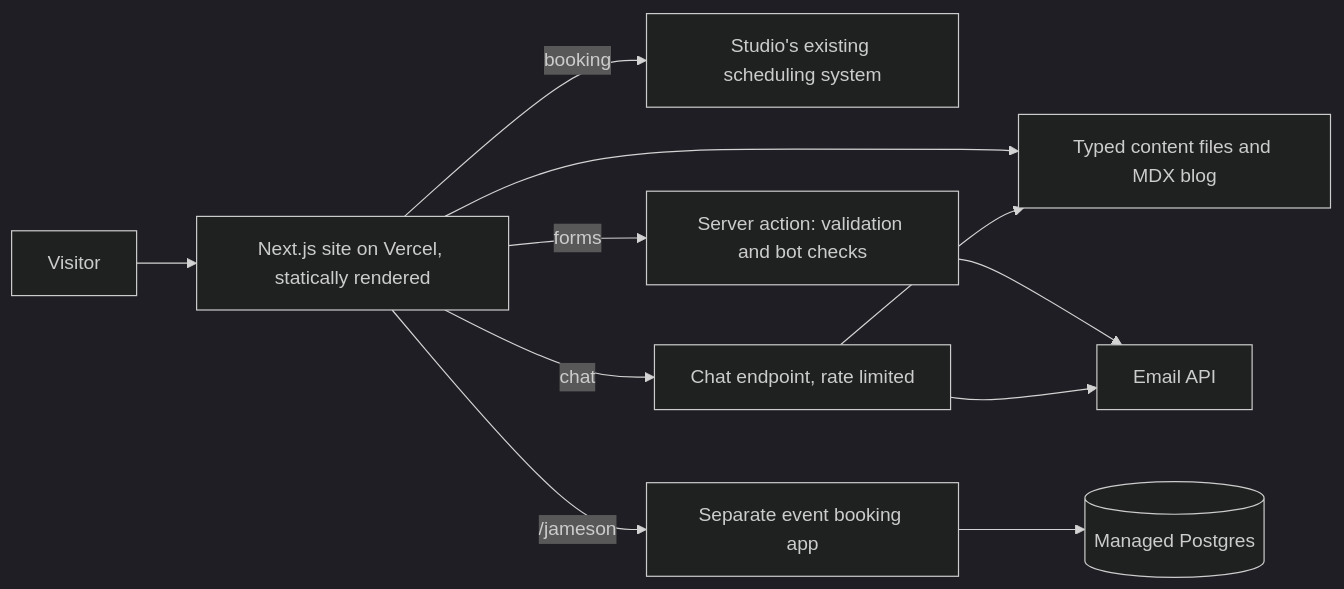
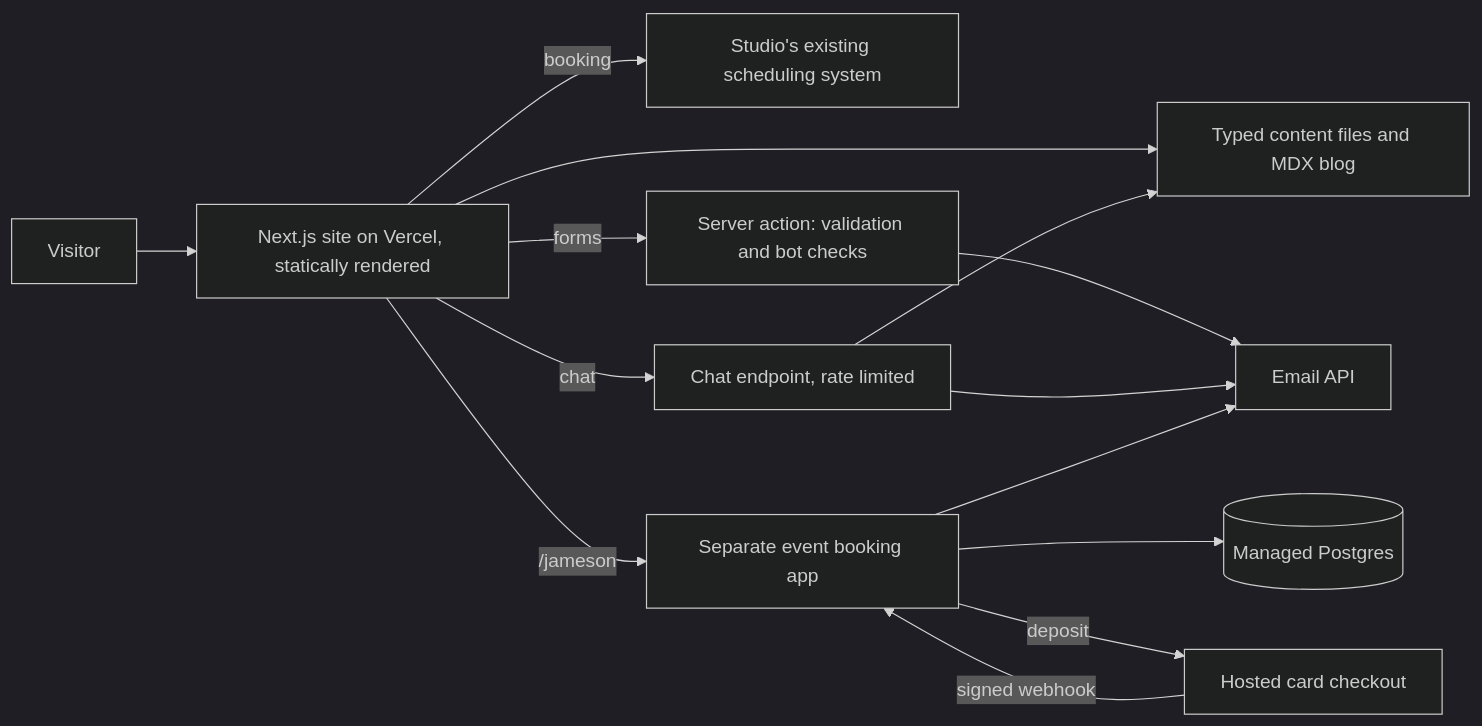
Before and after one commit to CodeVertex55/case-studies: the diagram in atlanta-ink.md, drawn with Mermaid (dark theme). The commit also changed other lines of this file and 1 other file, not shown here.

Commit message:
ATLANTA INK: add the event app's paid designs and card deposits

````diff
--- a/atlanta-ink.md
+++ b/atlanta-ink.md
@@ -32,13 +34,16 @@
 ```mermaid
 flowchart LR
   V[Visitor] --> S[Next.js site on Vercel, statically rendered]
   S --> C[Typed content files and MDX blog]
   S -->|booking| B[Studio's existing scheduling system]
   S -->|forms| F[Server action: validation and bot checks]
   F --> M[Email API]
   S -->|chat| A[Chat endpoint, rate limited]
   A --> C
   A --> M
   S -->|/jameson| E[Separate event booking app]
   E --> DB[(Managed Postgres)]
+  E -->|deposit| P[Hosted card checkout]
+  P -->|signed webhook| E
+  E --> M
 ```
````
